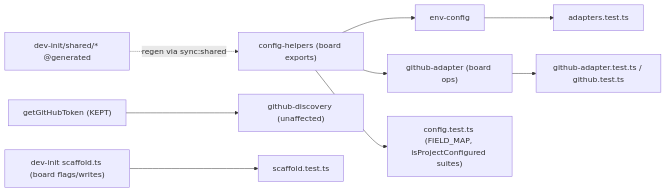
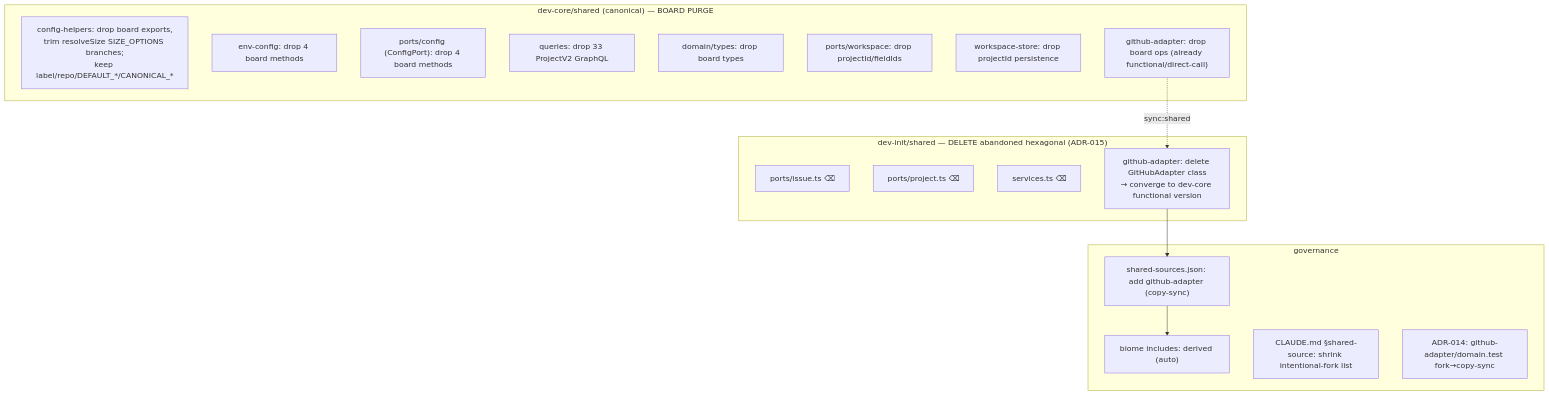
Before and after one commit to Roxabi/roxabi-plugins: the diagram in artifacts/specs/268-purge-projectv2-plumbing-spec.mdx, drawn with Mermaid. The commit also changed other lines of this file and 1 other file, not shown here.

First line of the commit message:
docs(spec): #268 re-scope F-lite → F-full (board purge + ADR-015 reconcile)

````diff
--- a/artifacts/specs/268-purge-projectv2-plumbing-spec.mdx
+++ b/artifacts/specs/268-purge-projectv2-plumbing-spec.mdx
@@ -75,11 +55,27 @@
 ```mermaid
-flowchart LR
-  CH["config-helpers (board exports)"] --> EC["env-config"]
-  CH --> GA["github-adapter (board ops)"]
-  EC --> CPtest["adapters.test.ts"]
-  CH --> CHtest["config.test.ts (FIELD_MAP, isProjectConfigured suites)"]
-  GA --> GAtest["github-adapter.test.ts / github.test.ts"]
-  GAinfra["getGitHubToken (KEPT)"] --> DISC["github-discovery (unaffected)"]
-  SCAF["dev-init scaffold.ts (board flags/writes)"] --> SCAFtest["scaffold.test.ts"]
-  MIRROR["dev-init/shared/* @generated"] -.regen via sync:shared.-> CH
+flowchart TB
+  subgraph DC["dev-core/shared (canonical) — BOARD PURGE"]
+    CH["config-helpers: drop board exports,\ntrim resolveSize SIZE_OPTIONS branches;\nkeep label/repo/DEFAULT_*/CANONICAL_*"]
+    EC["env-config: drop 4 board methods"]
+    CP["ports/config (ConfigPort): drop 4 board methods"]
+    Q["queries: drop 33 ProjectV2 GraphQL"]
+    T["domain/types: drop board types"]
+    WP["ports/workspace: drop projectId/fieldIds"]
+    WS["workspace-store: drop projectId persistence"]
+    GA["github-adapter: drop board ops (already functional/direct-call)"]
+  end
+  subgraph DI["dev-init/shared — DELETE abandoned hexagonal (ADR-015)"]
+    PI["ports/issue.ts ⌫"]
+    PP["ports/project.ts ⌫"]
+    SV["services.ts ⌫"]
+    GAcls["github-adapter: delete GitHubAdapter class\n→ converge to dev-core functional version"]
+  end
+  subgraph GOV["governance"]
+    MAN["shared-sources.json: add github-adapter (copy-sync)"]
+    BIO["biome includes: derived (auto)"]
+    CMD["CLAUDE.md §shared-source: shrink intentional-fork list"]
+    A14["ADR-014: github-adapter/domain.test fork→copy-sync"]
+  end
+  GA -. sync:shared .-> GAcls
+  GAcls --> MAN --> BIO
 ```
````
